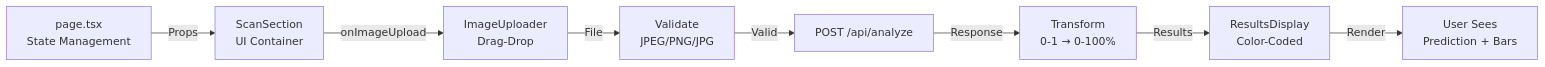
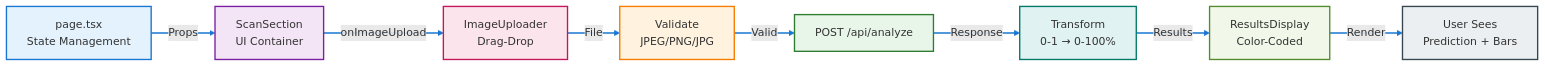
Before and after one commit to itssmdsh/MediScan: the second of 9 diagrams in DOCUMENTATION.md, drawn with Mermaid. The commit also changed other lines of this file, not shown here.

````diff
--- a/DOCUMENTATION.md
+++ b/DOCUMENTATION.md
@@ -73,10 +83,21 @@
 ```mermaid
 graph LR
     Page["page.tsx<br/>State Management"] -->|Props| ScanSection["ScanSection<br/>UI Container"]
     ScanSection -->|onImageUpload| Uploader["ImageUploader<br/>Drag-Drop"]
     Uploader -->|File| Validation["Validate<br/>JPEG/PNG/JPG"]
     Validation -->|Valid| API["POST /api/analyze"]
     API -->|Response| Transform["Transform<br/>0-1 → 0-100%"]
     Transform -->|Results| Display["ResultsDisplay<br/>Color-Coded"]
     Display -->|Render| Browser["User Sees<br/>Prediction + Bars"]
+    
+    style Page fill:#e3f2fd,stroke:#1976d2,stroke-width:2px
+    style ScanSection fill:#f3e5f5,stroke:#7b1fa2,stroke-width:2px
+    style Uploader fill:#fce4ec,stroke:#c2185b,stroke-width:2px
+    style Validation fill:#fff3e0,stroke:#f57c00,stroke-width:2px
+    style API fill:#e8f5e9,stroke:#2e7d32,stroke-width:2px
+    style Transform fill:#e0f2f1,stroke:#00796b,stroke-width:2px
+    style Display fill:#f1f8e9,stroke:#558b2f,stroke-width:2px
+    style Browser fill:#eceff1,stroke:#37474f,stroke-width:2px
+    
+    linkStyle 0,1,2,3,4,5,6 stroke:#1976d2,stroke-width:2px
 ```
````
